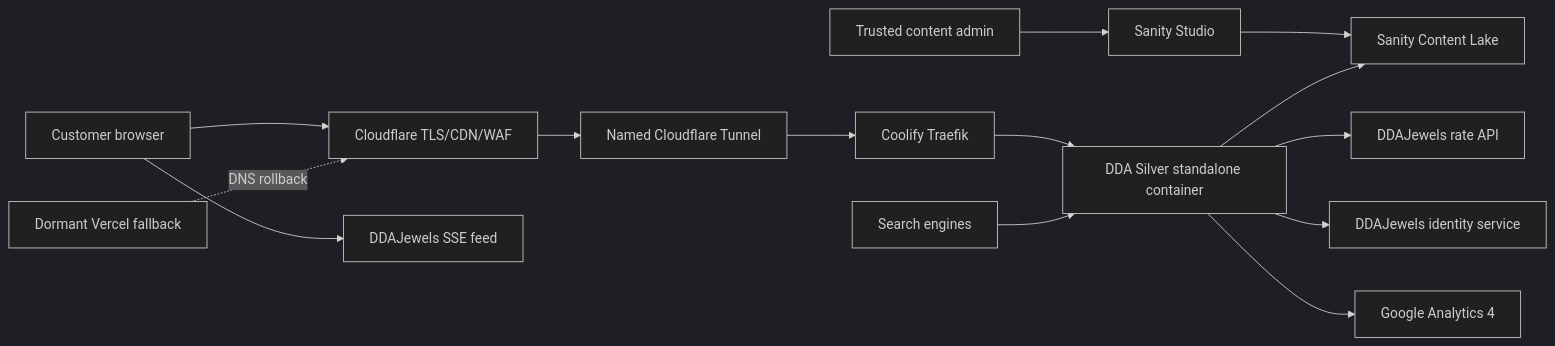
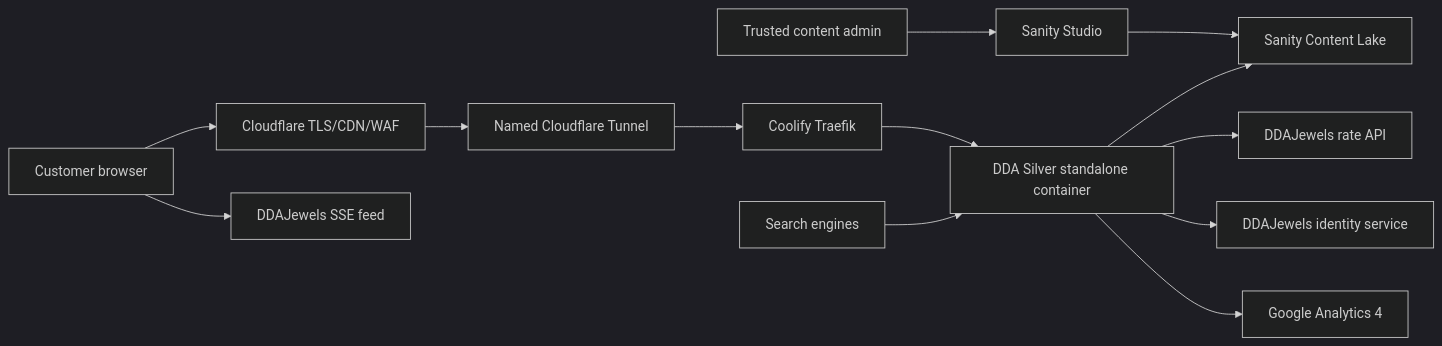
One commit to kta136/DDASilver_Web changed the diagram in docs/technical-architecture.md. Above: the diagram before and after it, drawn with Mermaid (dark theme). The commit also changed other lines of this file and 12 other files, not shown here.

Commit message:
Remove retired Vercel deployment fallback

````diff
--- a/docs/technical-architecture.md
+++ b/docs/technical-architecture.md
@@ -10,16 +10,15 @@
 ```mermaid
 flowchart LR
     Visitor["Customer browser"] --> Edge["Cloudflare TLS/CDN/WAF"]
     Edge --> Tunnel["Named Cloudflare Tunnel"]
     Tunnel --> Traefik["Coolify Traefik"]
     Traefik --> Web["DDA Silver standalone container"]
     Editor["Trusted content admin"] --> Studio["Sanity Studio"]
     Studio --> Lake["Sanity Content Lake"]
     Web --> Lake
     Web --> RatesAPI["DDAJewels rate API"]
     Visitor --> RatesSSE["DDAJewels SSE feed"]
     Web --> Identity["DDAJewels identity service"]
     Web --> GA["Google Analytics 4"]
     Search["Search engines"] --> Web
-    Vercel["Dormant Vercel fallback"] -. DNS rollback .-> Edge
 ```
````
